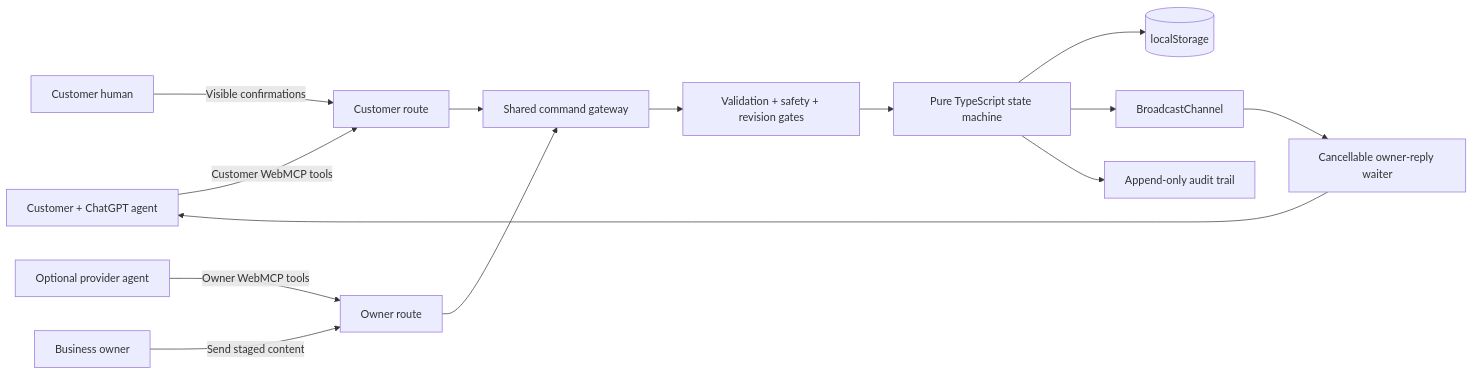
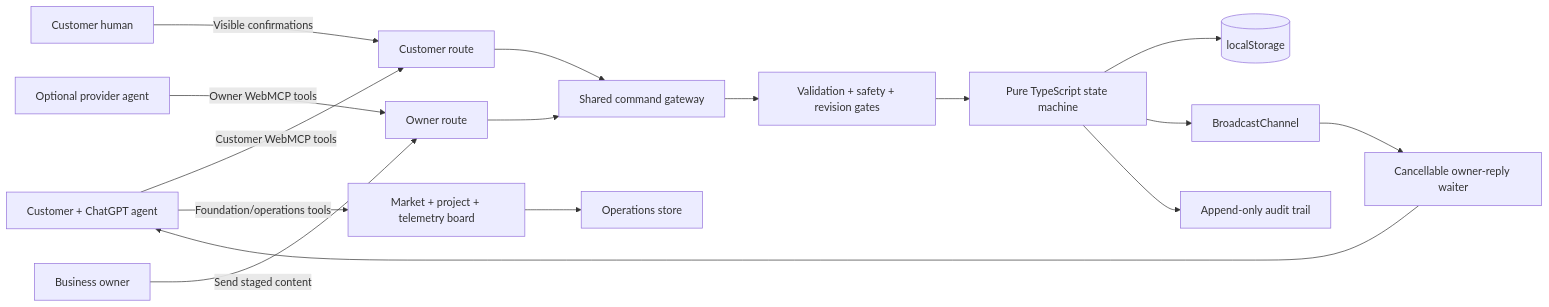
One commit to syedahmad0786/velaire-hvac changed the first of 2 diagrams in README.md. Above: the diagram before and after it, drawn with Mermaid. The commit also changed other lines of this file and 11 other files, not shown here.

Commit message:
Add WebMCP operations intelligence and telemetry

````diff
--- a/README.md
+++ b/README.md
@@ -30,16 +31,18 @@
 ```mermaid
 flowchart LR
     CA[Customer + ChatGPT agent] -->|Customer WebMCP tools| CR[Customer route]
     CH[Customer human] -->|Visible confirmations| CR
     OA[Optional provider agent] -->|Owner WebMCP tools| OR[Owner route]
     OH[Business owner] -->|Send staged content| OR
     CR --> CG[Shared command gateway]
     OR --> CG
+    OP[Market + project + telemetry board] --> OG[Operations store]
+    CA -->|Foundation/operations tools| OP
     CG --> VG[Validation + safety + revision gates]
     VG --> SM[Pure TypeScript state machine]
     SM --> LS[(localStorage)]
     SM --> BC[BroadcastChannel]
     SM --> AL[Append-only audit trail]
     BC --> WR[Cancellable owner-reply waiter]
     WR --> CA
 ```
````
